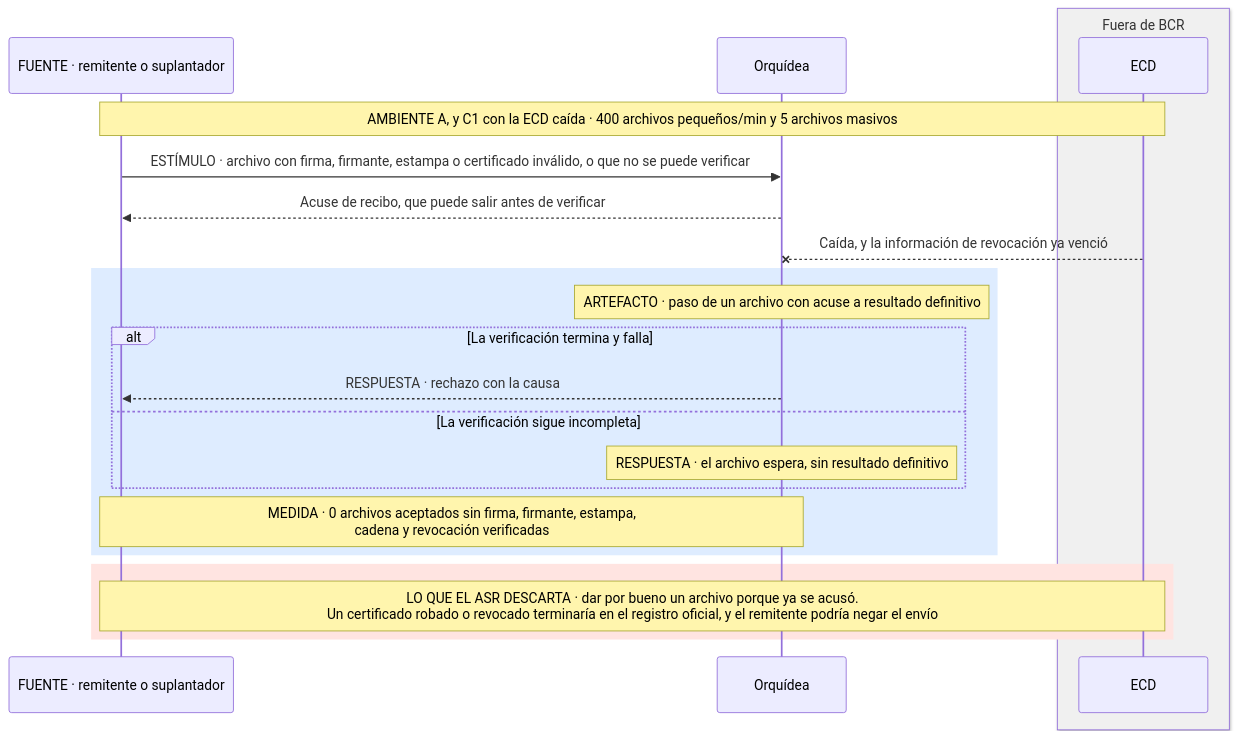
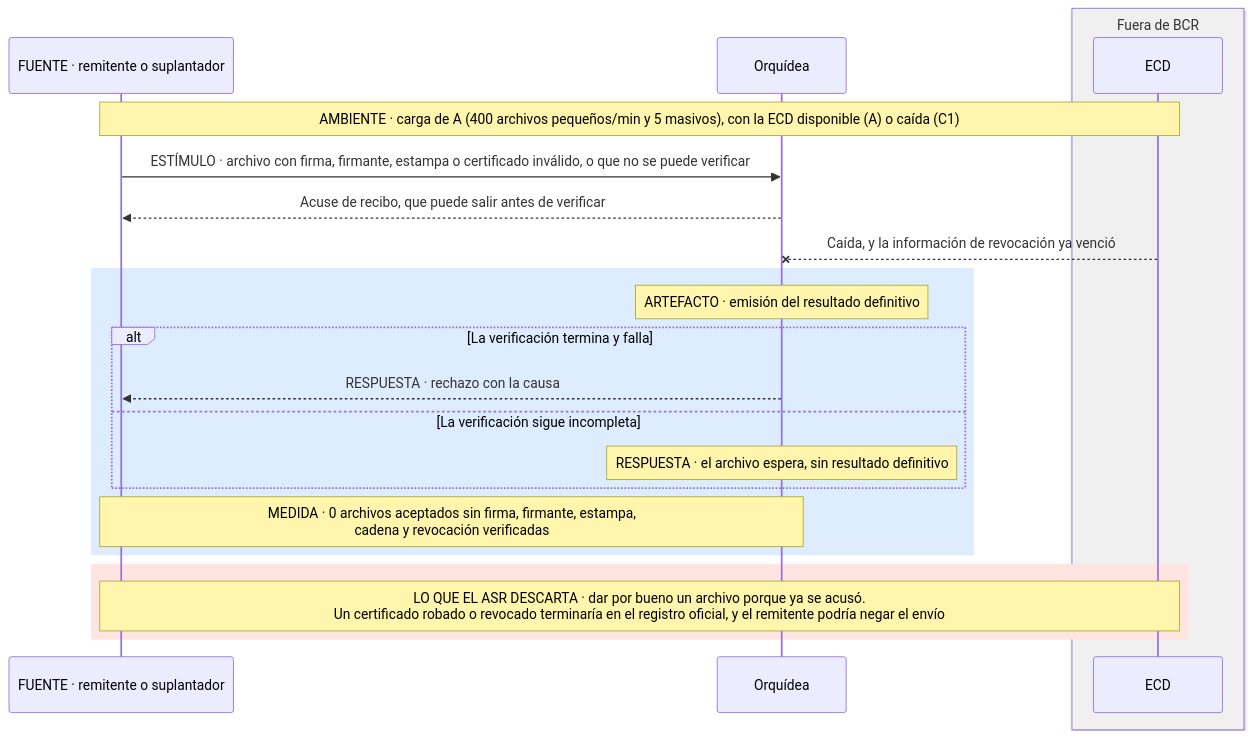
The third of 17 diagrams in docs/quality-attributes.md (MATI-MBIT/arqsoft-reto-4), drawn with Mermaid before and after one commit. The commit also changed other lines of this file and 2 other files, not shown here.

First line of the commit message:
Alinea los 17 ASR con las seis partes del escenario de calidad

````diff
--- a/docs/quality-attributes.md
+++ b/docs/quality-attributes.md
@@ -253,24 +253,24 @@
 ```mermaid
 sequenceDiagram
     participant R as FUENTE · remitente o suplantador
     participant O as Orquídea
     box rgb(240,240,240) Fuera de BCR
     participant E as ECD
     end
-    Note over R,E: AMBIENTE A, y C1 con la ECD caída · 400 archivos pequeños/min y 5 archivos masivos
+    Note over R,E: AMBIENTE · carga de A (400 archivos pequeños/min y 5 masivos), con la ECD disponible (A) o caída (C1)
     R->>O: ESTÍMULO · archivo con firma, firmante, estampa o certificado inválido, o que no se puede verificar
     O-->>R: Acuse de recibo, que puede salir antes de verificar
     E--xO: Caída, y la información de revocación ya venció
     rect rgb(222, 236, 255)
-    Note over O: ARTEFACTO · paso de un archivo con acuse a resultado definitivo
+    Note over O: ARTEFACTO · emisión del resultado definitivo
     alt La verificación termina y falla
         O-->>R: RESPUESTA · rechazo con la causa
     else La verificación sigue incompleta
         Note over O: RESPUESTA · el archivo espera, sin resultado definitivo
     end
     Note over R,O: MEDIDA · 0 archivos aceptados sin firma, firmante, estampa,<br/>cadena y revocación verificadas
     end
     rect rgb(255, 228, 225)
     Note over R,E: LO QUE EL ASR DESCARTA · dar por bueno un archivo porque ya se acusó.<br/>Un certificado robado o revocado terminaría en el registro oficial, y el remitente podría negar el envío
     end
 ```
````
